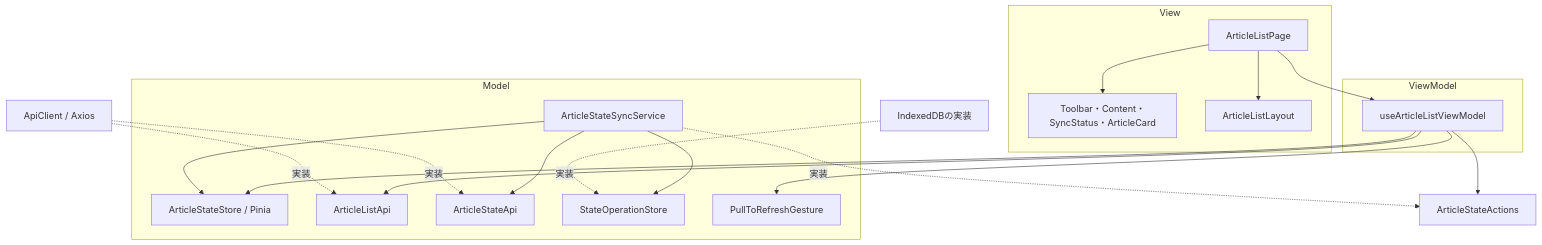
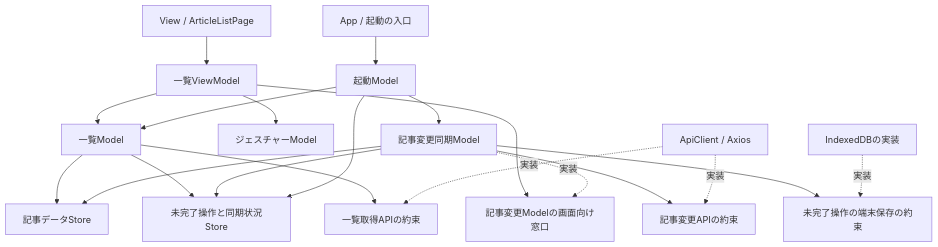
Before and after one commit to BeppuKanato/it-discovery: the first of 6 diagrams in docs/frontend-architecture.md, drawn with Mermaid. The commit also changed other lines of this file and 6 other files, not shown here.

Commit message:
docs(web): 一覧と同期の構成図と操作ごとのコードの読む順序を更新する

````diff
--- a/docs/frontend-architecture.md
+++ b/docs/frontend-architecture.md
@@ -11,33 +26,22 @@
 ```mermaid
 flowchart TB
-  subgraph V[View]
-    Page[ArticleListPage]
-    Parts[Toolbar・Content・SyncStatus・ArticleCard]
-    Layout[ArticleListLayout]
-    Page --> Parts
-    Page --> Layout
-  end
-  subgraph VM[ViewModel]
-    List[useArticleListViewModel]
-  end
-  subgraph M[Model]
-    State[ArticleStateStore / Pinia]
-    Sync[ArticleStateSyncService]
-    ListAPI[ArticleListApi]
-    StateAPI[ArticleStateApi]
-    Local[StateOperationStore]
-    Gesture[PullToRefreshGesture]
-  end
-  Page --> List
-  List --> State
-  List --> Gesture
-  List --> SyncActions[ArticleStateActions]
-  List --> ListAPI
-  Sync -. 実装 .-> SyncActions
-  Sync --> State
-  Sync --> StateAPI
-  Sync --> Local
+  Page[View / ArticleListPage] --> VM[一覧ViewModel]
+  VM --> List[一覧Model]
+  VM --> Actions[記事変更Modelの画面向け窓口]
+  VM --> Gesture[ジェスチャーModel]
+  Sync[記事変更同期Model] -. 実装 .-> Actions
+  List --> Data[記事データStore]
+  List --> Changes[未完了操作と同期状況Store]
+  List --> ListAPI[一覧取得APIの約束]
+  Sync --> Data
+  Sync --> Changes
+  Sync --> ChangeAPI[記事変更APIの約束]
+  Sync --> Local[未完了操作の端末保存の約束]
+  App[App / 起動の入口] --> Startup[起動Model]
+  Startup --> Sync
+  Startup --> Changes
+  Startup --> List
   Client[ApiClient / Axios] -. 実装 .-> ListAPI
-  Client -. 実装 .-> StateAPI
+  Client -. 実装 .-> ChangeAPI
   Indexed[IndexedDBの実装] -. 実装 .-> Local
 ```
````
